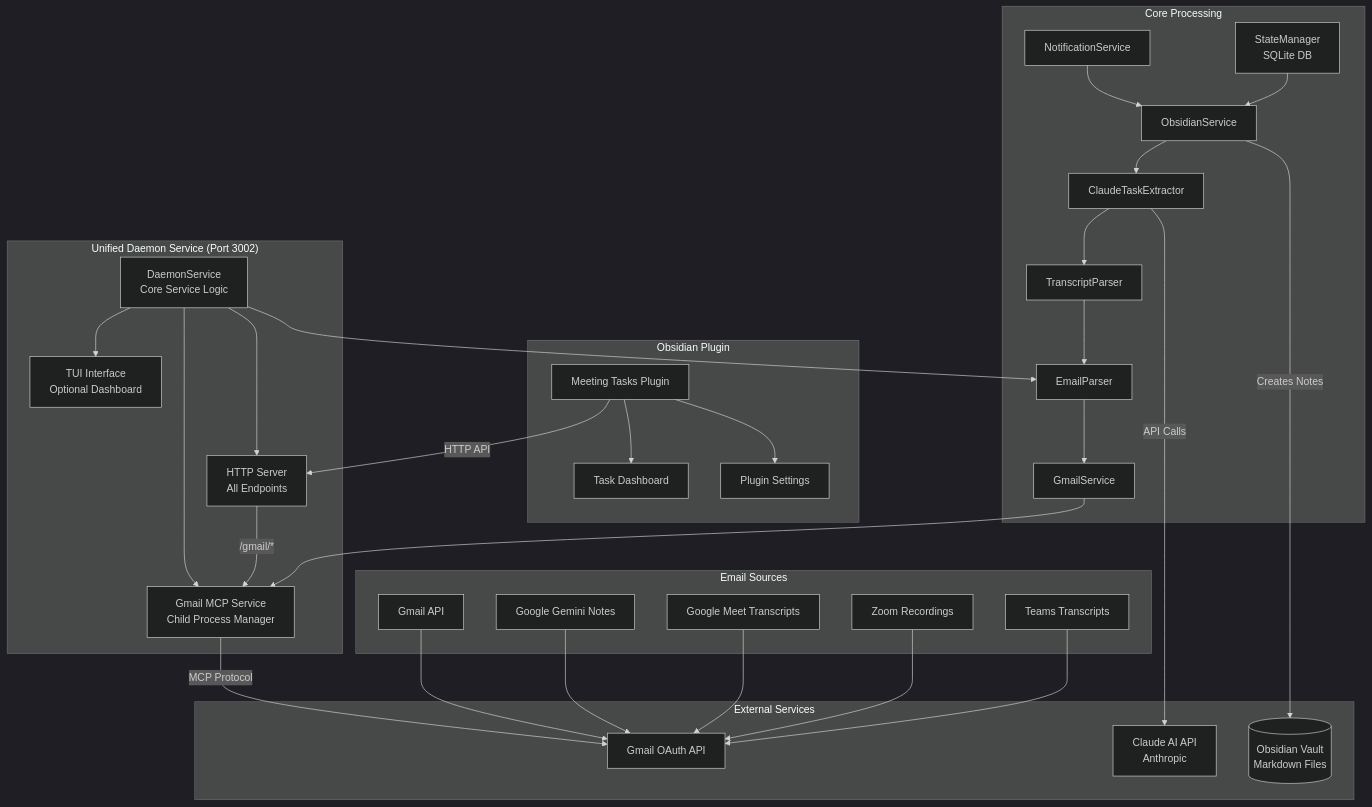
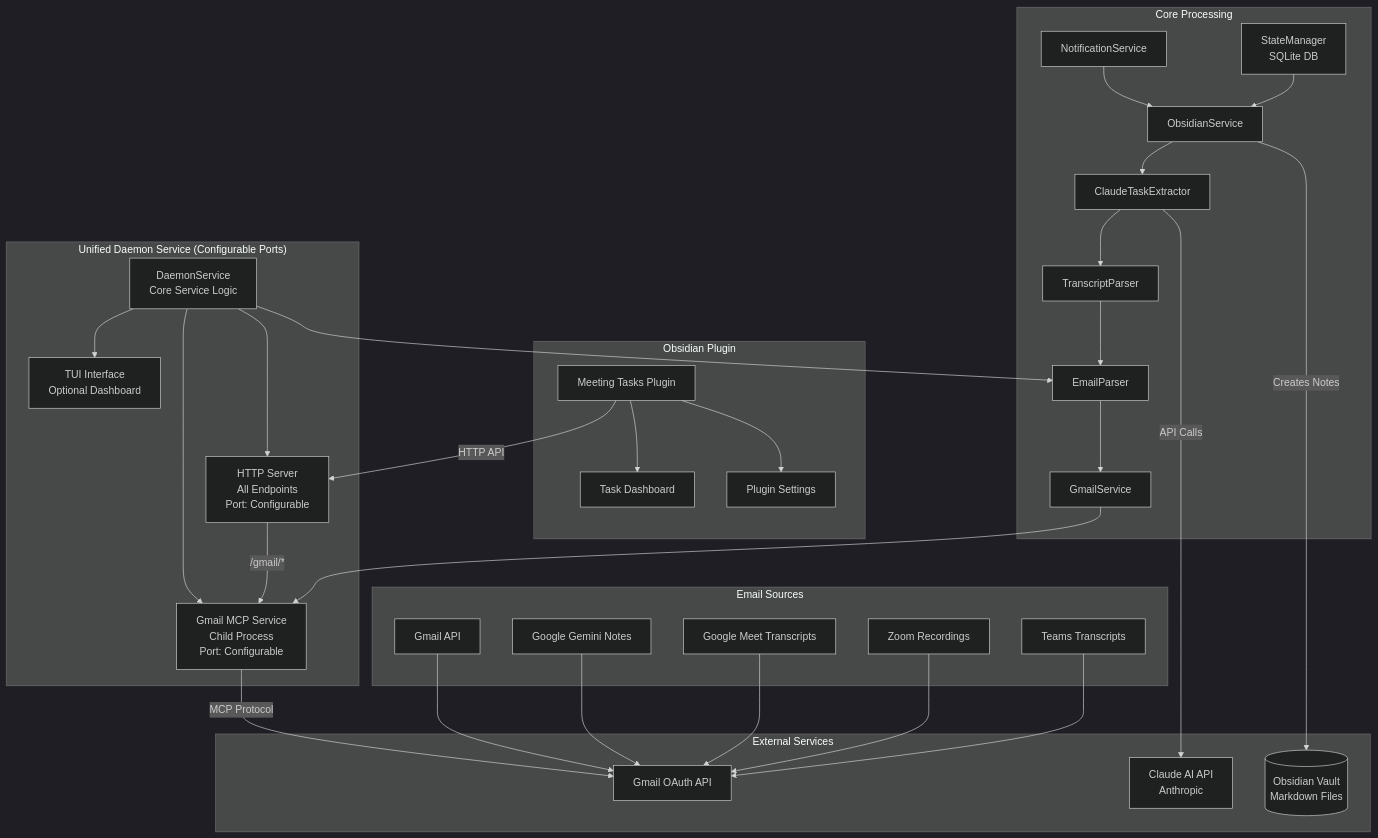
The first of 3 diagrams in docs/system-architecture.md (jimallen/TasksAgent), drawn with Mermaid (dark theme) before and after one commit. The commit also changed other lines of this file and 26 other files, not shown here.

````diff
--- a/docs/system-architecture.md
+++ b/docs/system-architecture.md
@@ -9,67 +9,67 @@
 ```mermaid
 graph TB
     subgraph "Email Sources"
         GM[Gmail API]
         GN[Google Gemini Notes]
         GT[Google Meet Transcripts]
         ZM[Zoom Recordings]
         TM[Teams Transcripts]
     end
     
-    subgraph "Unified Daemon Service (Port 3002)"
+    subgraph "Unified Daemon Service (Configurable Ports)"
         DS[DaemonService<br/>Core Service Logic]
-        GMCP[Gmail MCP Service<br/>Child Process Manager]
-        HTTP[HTTP Server<br/>All Endpoints]
+        GMCP[Gmail MCP Service<br/>Child Process<br/>Port: Configurable]
+        HTTP[HTTP Server<br/>All Endpoints<br/>Port: Configurable]
         TUI[TUI Interface<br/>Optional Dashboard]
         
         DS --> GMCP
         DS --> HTTP
         DS --> TUI
         HTTP --> |/gmail/*| GMCP
     end
     
     subgraph "Obsidian Plugin"
         OPLUGIN[Meeting Tasks Plugin]
         DASH[Task Dashboard]
         SETTINGS[Plugin Settings]
         
         OPLUGIN --> |HTTP API| HTTP
         OPLUGIN --> DASH
         OPLUGIN --> SETTINGS
     end
     
     subgraph "Core Processing"
         GS[GmailService]
         EP[EmailParser]
         TP[TranscriptParser]
         CE[ClaudeTaskExtractor]
         OS[ObsidianService]
         NS[NotificationService]
         SM[StateManager<br/>SQLite DB]
     end
     
     subgraph "External Services"
         GMAIL[Gmail OAuth API]
         CLAUDE[Claude AI API<br/>Anthropic]
         OBS[(Obsidian Vault<br/>Markdown Files)]
     end
     
     GMCP --> |MCP Protocol| GMAIL
     GS --> GMCP
     EP --> GS
     TP --> EP
     CE --> |API Calls| CLAUDE
     CE --> TP
     OS --> CE
     OS --> |Creates Notes| OBS
     NS --> OS
     SM --> OS
     
     DS --> EP
     
     GM --> GMAIL
     GN --> GMAIL
     GT --> GMAIL
     ZM --> GMAIL
     TM --> GMAIL
 ```
````
